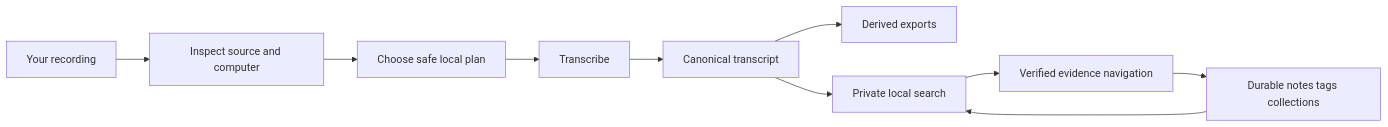
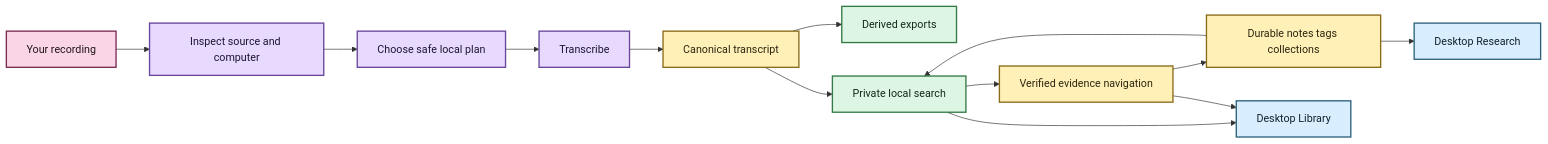
Before and after one commit to SSD1805/EchoFlow: the first of 2 diagrams in docs/getting-started.md, drawn with Mermaid. The commit also changed other lines of this file, not shown here.

Commit message:
docs: refresh getting started for current desktop foundation

````diff
--- a/docs/getting-started.md
+++ b/docs/getting-started.md
@@ -16,12 +22,27 @@
 ```mermaid
 flowchart LR
     A[Your recording] --> B[Inspect source and computer]
     B --> C[Choose safe local plan]
     C --> D[Transcribe]
     D --> E[Canonical transcript]
     E --> F[Derived exports]
     E --> G[Private local search]
     G --> H[Verified evidence navigation]
     H --> I[Durable notes tags collections]
     I --> G
+    G --> J[Desktop Library]
+    H --> J
+    I --> K[Desktop Research]
+
+    classDef source fill:#F9D5E5,stroke:#7B2E52,stroke-width:2px,color:#22151B
+    classDef process fill:#E8D9FF,stroke:#68469B,stroke-width:2px,color:#1F1630
+    classDef evidence fill:#FFF0B8,stroke:#8A6B18,stroke-width:2px,color:#2C260F
+    classDef view fill:#DDF5E3,stroke:#347A46,stroke-width:2px,color:#142719
+    classDef inspect fill:#D8EEFF,stroke:#2E617B,stroke-width:2px,color:#12222A
+
+    class A source
+    class B,C,D process
+    class E,H,I evidence
+    class F,G view
+    class J,K inspect
 ```
````
